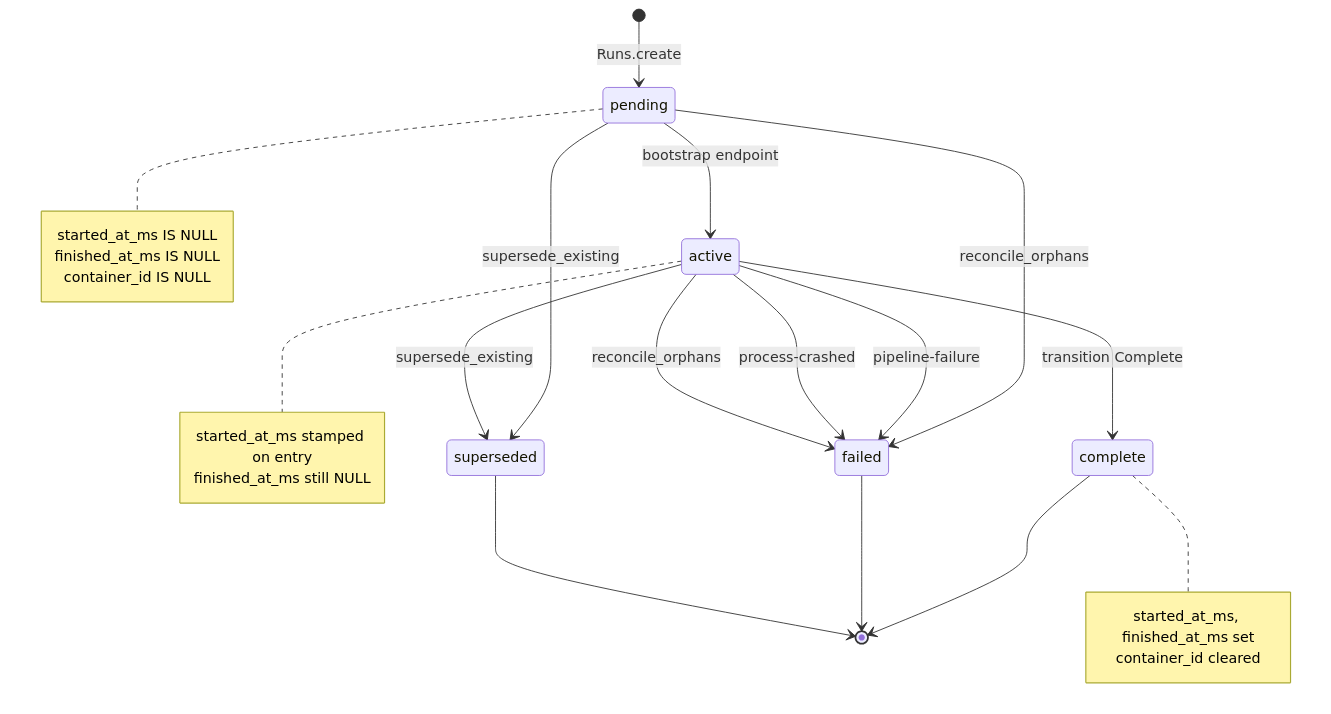
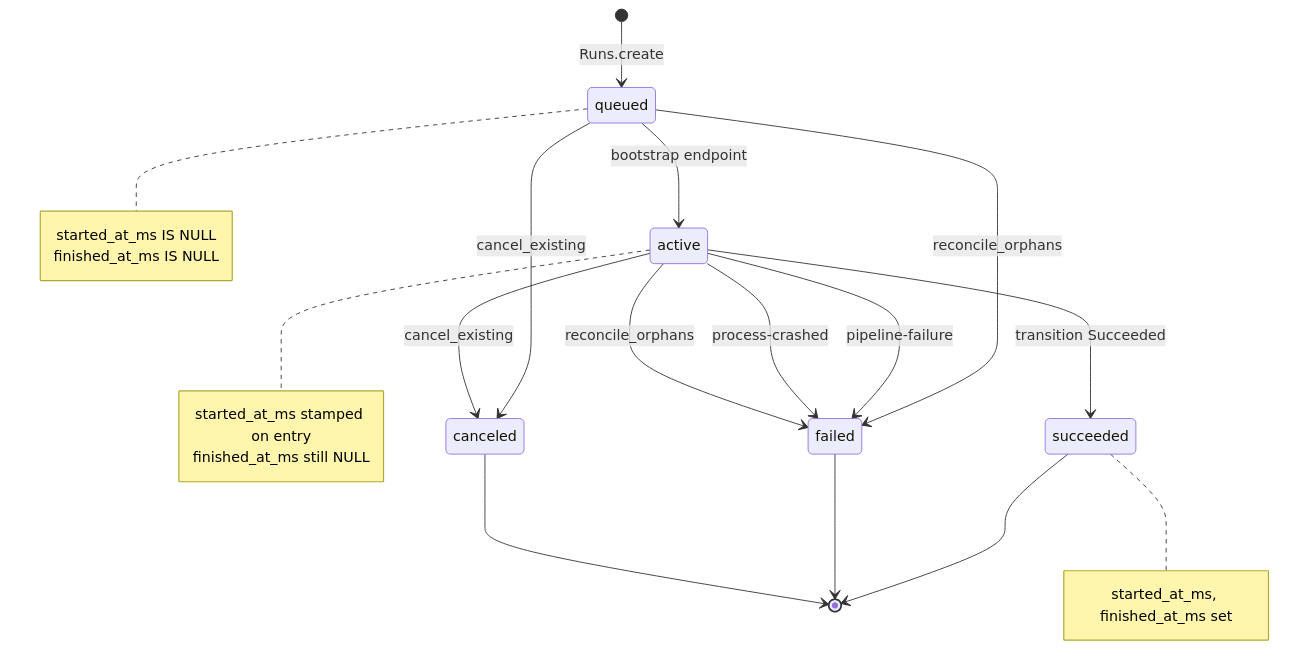
Before and after one commit to kejadlen/quire: the first of 4 diagrams in docs/CI-STATE.md, drawn with Mermaid. The commit also changed other lines of this file and 11 other files, not shown here.

````diff
--- a/docs/CI-STATE.md
+++ b/docs/CI-STATE.md
@@ -16,34 +16,32 @@
 ```mermaid
 stateDiagram-v2
-    [*] --> pending : Runs.create
+    [*] --> queued : Runs.create
 
-    pending  --> active     : bootstrap endpoint
-    pending  --> superseded : supersede_existing
-    pending  --> failed     : reconcile_orphans
+    queued  --> active    : bootstrap endpoint
+    queued  --> canceled  : cancel_existing
+    queued  --> failed    : reconcile_orphans
 
-    active   --> complete   : transition Complete
-    active   --> failed     : pipeline-failure
-    active   --> failed     : process-crashed
-    active   --> superseded : supersede_existing
-    active   --> failed     : reconcile_orphans
+    active  --> succeeded : transition Succeeded
+    active  --> failed    : pipeline-failure
+    active  --> failed    : process-crashed
+    active  --> canceled  : cancel_existing
+    active  --> failed    : reconcile_orphans
 
-    complete   --> [*]
-    failed     --> [*]
-    superseded --> [*]
+    succeeded --> [*]
+    failed    --> [*]
+    canceled  --> [*]
 
-    note right of pending
+    note right of queued
       started_at_ms  IS NULL
       finished_at_ms IS NULL
-      container_id   IS NULL
     end note
 
     note right of active
       started_at_ms stamped on entry
       finished_at_ms still NULL
     end note
 
-    note right of complete
+    note right of succeeded
       started_at_ms, finished_at_ms set
-      container_id cleared
     end note
 ```
````
